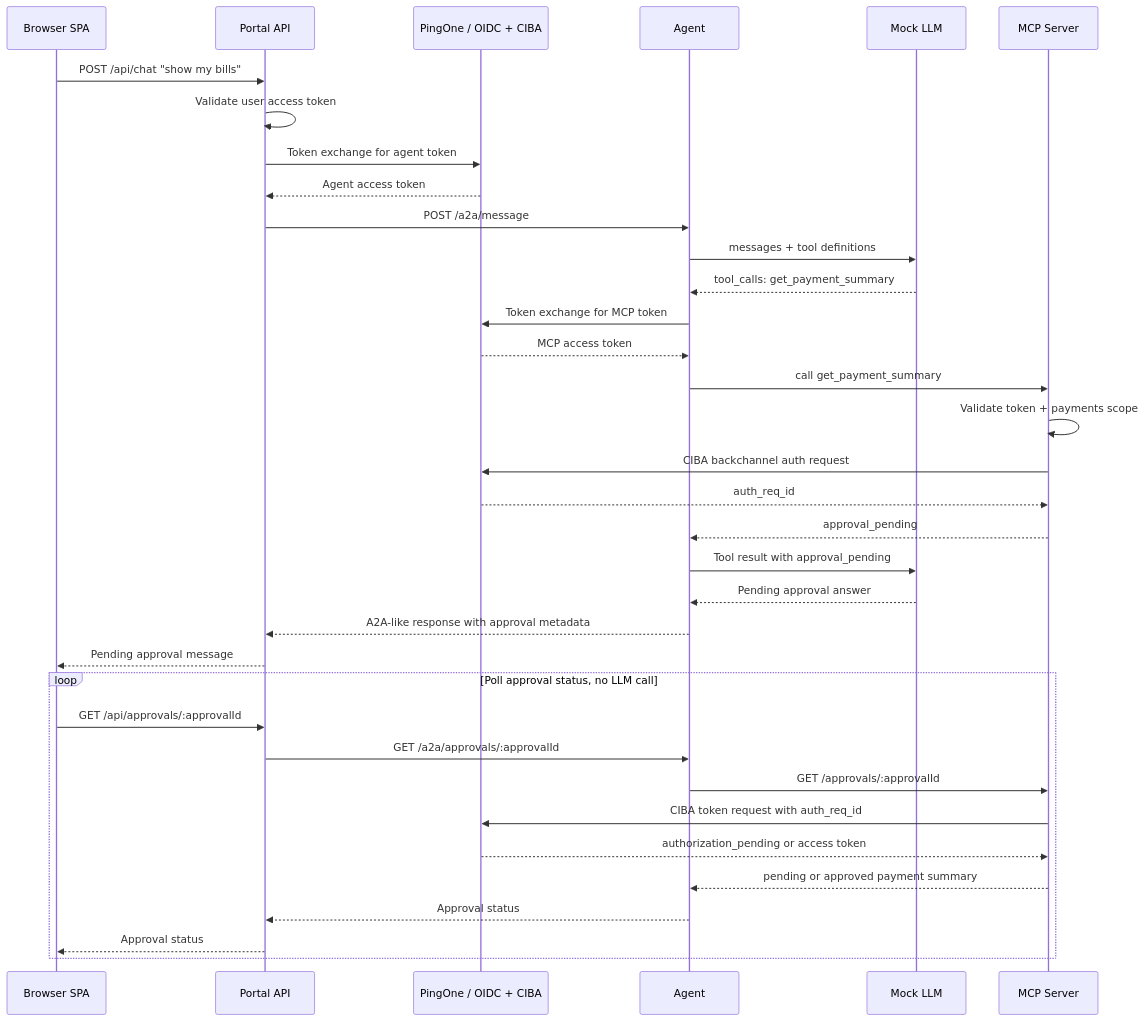
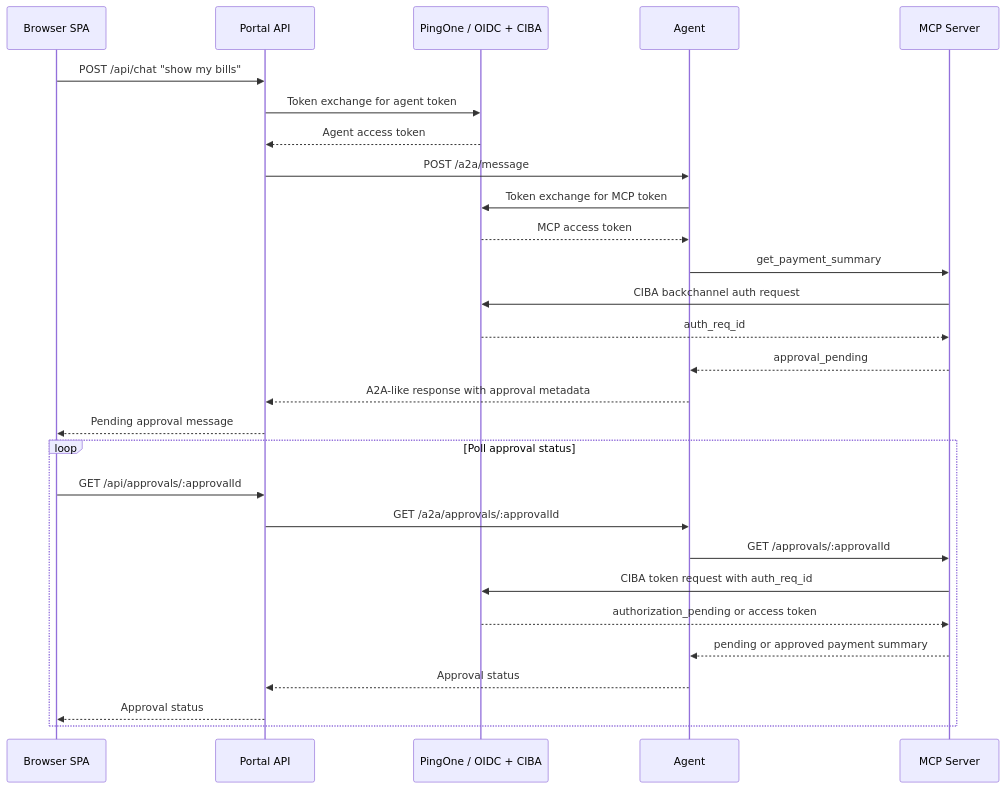
One commit to carbonefederico/ai-telco-chatbot changed the third of 3 diagrams in README.md. Above: the diagram before and after it, drawn with Mermaid. The commit also changed other lines of this file, not shown here.

Commit message:
Simplify README architecture diagrams

````diff
--- a/README.md
+++ b/README.md
@@ -90,39 +74,32 @@
 ```mermaid
 sequenceDiagram
   participant B as Browser SPA
   participant P as Portal API
   participant I as PingOne / OIDC + CIBA
   participant A as Agent
-  participant L as Mock LLM
   participant M as MCP Server
 
   B->>P: POST /api/chat "show my bills"
-  P->>P: Validate user access token
   P->>I: Token exchange for agent token
   I-->>P: Agent access token
   P->>A: POST /a2a/message
-  A->>L: messages + tool definitions
-  L-->>A: tool_calls: get_payment_summary
   A->>I: Token exchange for MCP token
   I-->>A: MCP access token
-  A->>M: call get_payment_summary
-  M->>M: Validate token + payments scope
+  A->>M: get_payment_summary
   M->>I: CIBA backchannel auth request
   I-->>M: auth_req_id
   M-->>A: approval_pending
-  A->>L: Tool result with approval_pending
-  L-->>A: Pending approval answer
   A-->>P: A2A-like response with approval metadata
   P-->>B: Pending approval message
 
-  loop Poll approval status, no LLM call
+  loop Poll approval status
     B->>P: GET /api/approvals/:approvalId
     P->>A: GET /a2a/approvals/:approvalId
     A->>M: GET /approvals/:approvalId
     M->>I: CIBA token request with auth_req_id
     I-->>M: authorization_pending or access token
     M-->>A: pending or approved payment summary
     A-->>P: Approval status
     P-->>B: Approval status
   end
 ```
````
